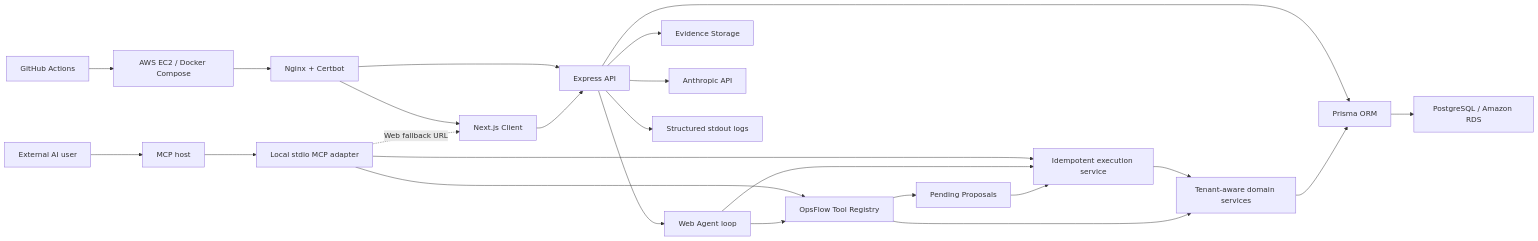
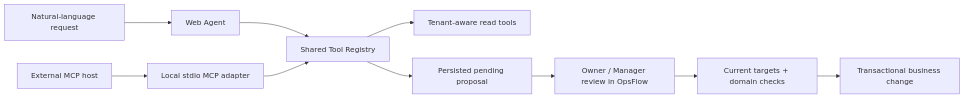
Before and after one commit to shuttle666/opsflow: the diagram in README.md, drawn with Mermaid. The commit also changed other lines of this file, not shown here.

````diff
--- a/README.md
+++ b/README.md
@@ -85,26 +64,12 @@
 ```mermaid
 flowchart LR
-  Browser["Next.js Client"] --> Api["Express API"]
-  Api --> WebAgent["Web Agent loop"]
-  McpUser["External AI user"] --> McpHost["MCP host"]
-  McpHost --> Stdio["Local stdio MCP adapter"]
-  WebAgent --> Registry["OpsFlow Tool Registry"]
-  Stdio --> Registry
-  Registry --> Proposals["Pending Proposals"]
-  Proposals --> Executor["Idempotent execution service"]
-  WebAgent --> Executor
-  Stdio --> Executor
-  Stdio -. "Web fallback URL" .-> Browser
-  Registry --> Services["Tenant-aware domain services"]
-  Executor --> Services
-  Services --> Prisma
-  Api --> Prisma["Prisma ORM"]
-  Prisma --> Postgres["PostgreSQL / Amazon RDS"]
-  Api --> Storage["Evidence Storage"]
-  Api --> AI["Anthropic API"]
-  Api --> Logs["Structured stdout logs"]
-  Github["GitHub Actions"] --> EC2["AWS EC2 / Docker Compose"]
-  EC2 --> Nginx["Nginx + Certbot"]
-  Nginx --> Api
-  Nginx --> Browser
+  Intent["Natural-language request"] --> Web["Web Agent"]
+  Host["External MCP host"] --> Mcp["Local stdio MCP adapter"]
+  Web --> Registry["Shared Tool Registry"]
+  Mcp --> Registry
+  Registry --> Reads["Tenant-aware read tools"]
+  Registry --> Proposal["Persisted pending proposal"]
+  Proposal --> Review["Owner / Manager review in OpsFlow"]
+  Review --> Recheck["Current targets + domain checks"]
+  Recheck --> Mutation["Transactional business change"]
 ```
````
